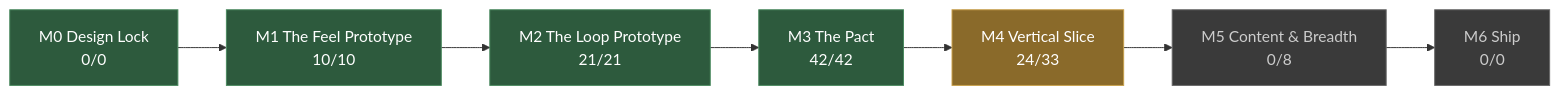
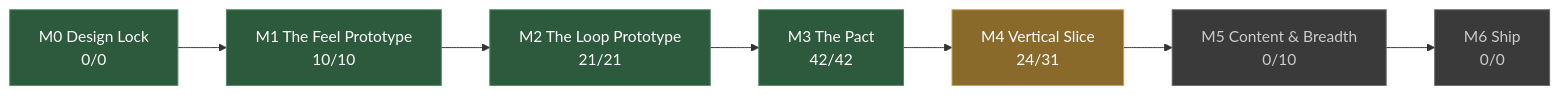
One commit to JoshuaGessner/she changed the diagram in docs/STATUS.md. Above: the diagram before and after it, drawn with Mermaid. The commit also changed other lines of this file and 4 other files, not shown here.

````diff
--- a/docs/STATUS.md
+++ b/docs/STATUS.md
@@ -13,19 +13,19 @@
 ```mermaid
 flowchart LR
   M0["M0 Design Lock<br/>0/0"]:::passed
   M1["M1 The Feel Prototype<br/>10/10"]:::passed
   M0 --> M1
   M2["M2 The Loop Prototype<br/>21/21"]:::passed
   M1 --> M2
   M3["M3 The Pact<br/>42/42"]:::passed
   M2 --> M3
-  M4["M4 Vertical Slice<br/>24/33"]:::current
+  M4["M4 Vertical Slice<br/>24/31"]:::current
   M3 --> M4
-  M5["M5 Content & Breadth<br/>0/8"]:::ahead
+  M5["M5 Content & Breadth<br/>0/10"]:::ahead
   M4 --> M5
   M6["M6 Ship<br/>0/0"]:::ahead
   M5 --> M6
   classDef passed fill:#2d5a3d,stroke:#4a8a5f,color:#fff
   classDef current fill:#8a6a2a,stroke:#c8a04a,color:#fff
   classDef ahead fill:#3a3a3a,stroke:#666,color:#ccc
 ```
````
